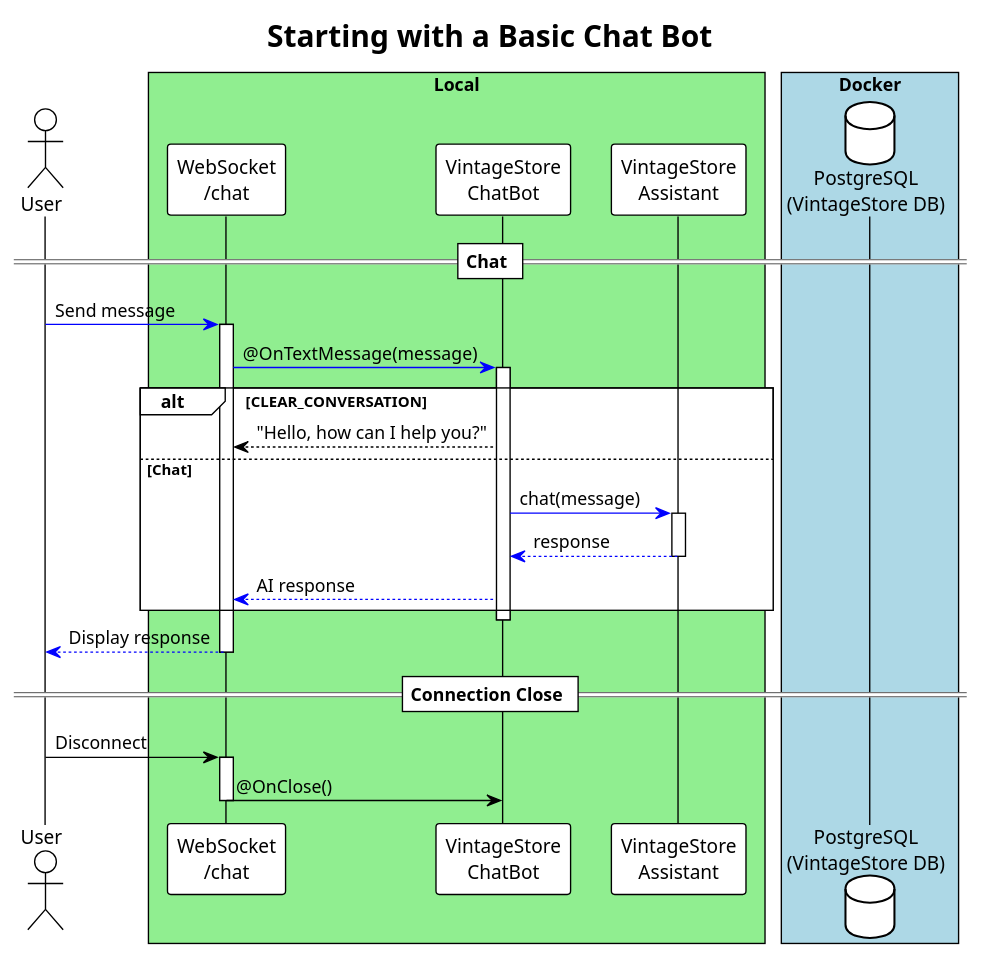
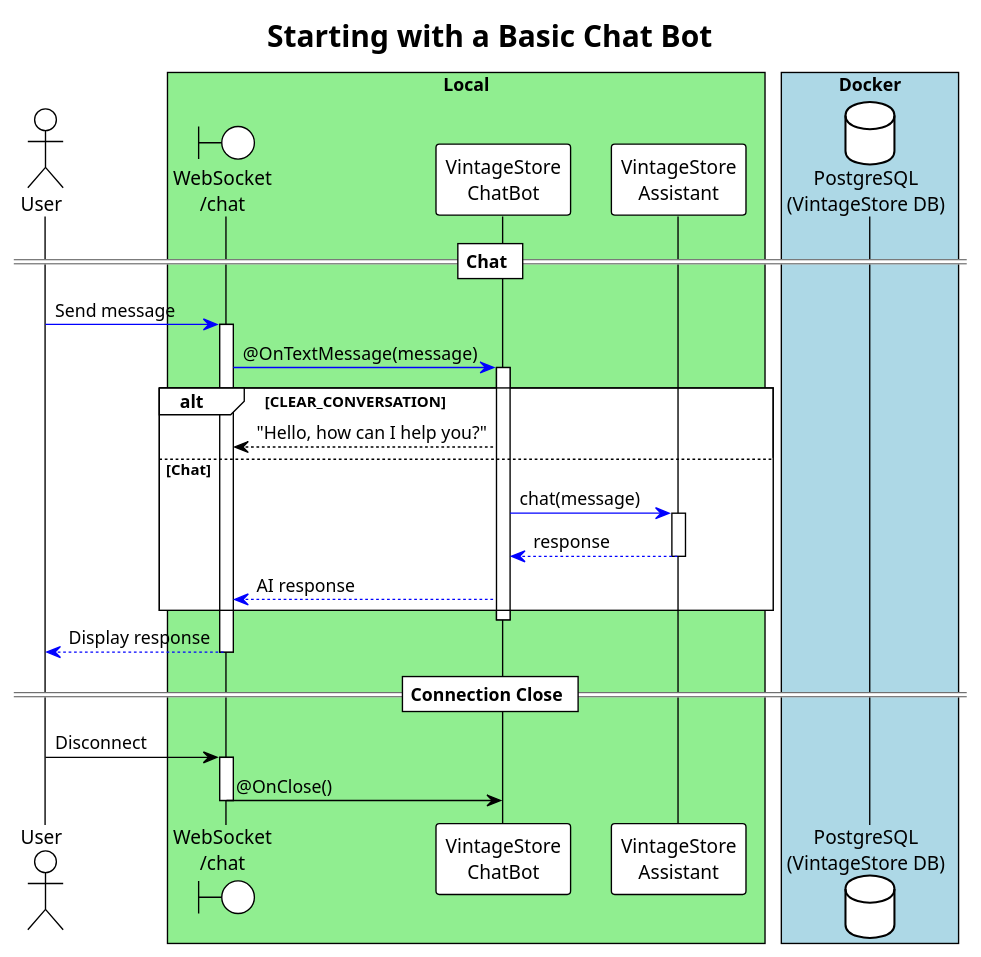
The diagram in docs/puml/00-vintagestore.puml (agoncal/agoncal-application-vintagestore), drawn with PlantUML before and after one commit. The commit also changed 10 other files, not shown here.

```diff
--- a/docs/puml/00-vintagestore.puml
+++ b/docs/puml/00-vintagestore.puml
@@ -1,44 +1,44 @@
 @startuml
 !theme plain
 title Starting with a Basic Chat Bot
 
 actor User
 box "Local" #LightGreen
-participant "WebSocket\n/chat" as WS
+boundary "WebSocket\n/chat" as WS
 participant "VintageStore\nChatBot" as ChatBot
 participant "VintageStore\nAssistant" as Assistant
 end box
 box "Docker" #LightBlue
 database "PostgreSQL\n(VintageStore DB)" as PostgreSQL
 end box
 
 == Chat ==
 User -[#blue]> WS: Send message
 activate WS
 WS -[#blue]> ChatBot: @OnTextMessage(message)
 activate ChatBot
 
 alt CLEAR_CONVERSATION
     ChatBot --> WS: "Hello, how can I help you?"
 else Chat
     ChatBot -[#blue]> Assistant: chat(message)
     activate Assistant
 
         Assistant -[#blue]-> ChatBot: response
 
     deactivate Assistant
 
     ChatBot -[#blue]-> WS: AI response
 end
 deactivate ChatBot
 
 WS -[#blue]-> User: Display response
 deactivate WS
 
 == Connection Close ==
 User -> WS: Disconnect
 activate WS
 WS -> ChatBot: @OnClose()
 deactivate WS
 
 @enduml
```
